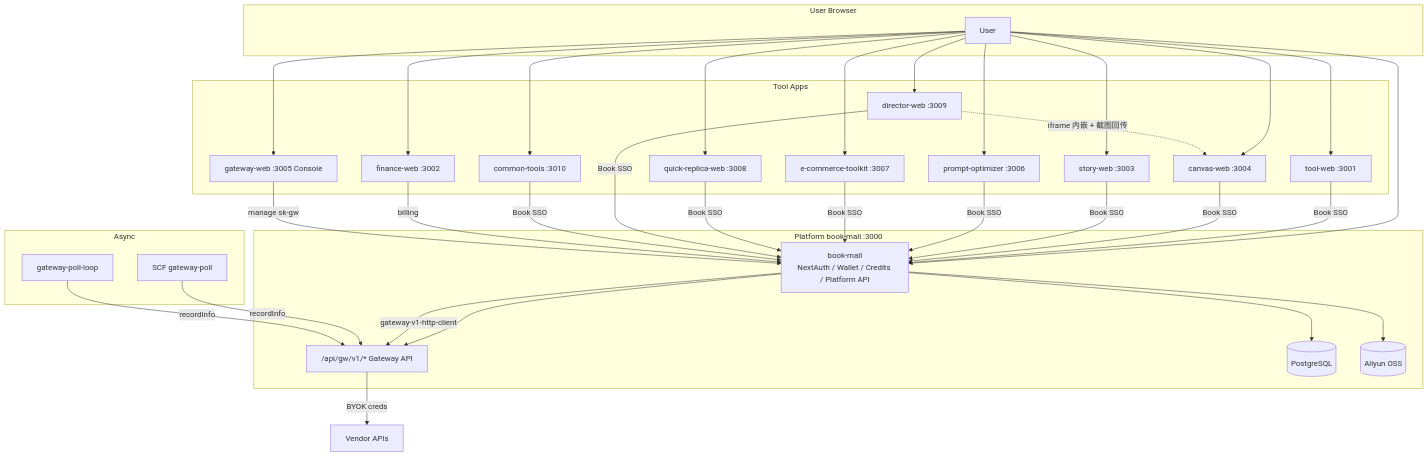
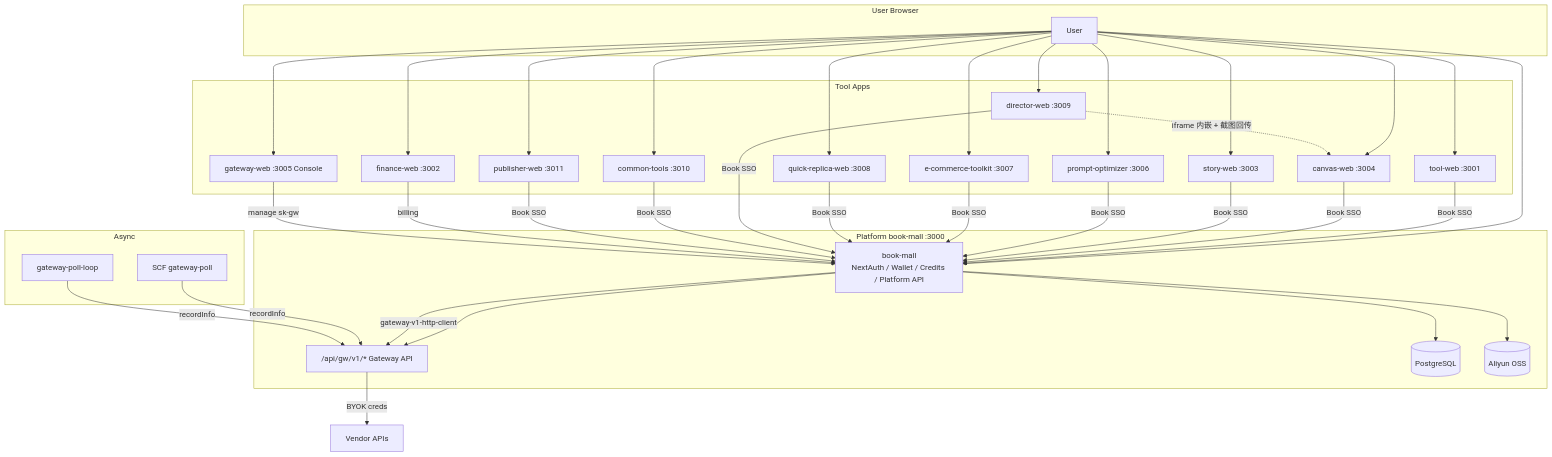
Before and after one commit to priceLiu/book-mall: the first of 2 diagrams in docs/全站架构图与配置表.md, drawn with Mermaid. The commit also changed other lines of this file and 212 other files, not shown here.

````diff
--- a/docs/全站架构图与配置表.md
+++ b/docs/全站架构图与配置表.md
@@ -32,46 +32,47 @@
 ```mermaid
 flowchart TB
   subgraph users ["User Browser"]
     U[User]
   end
 
   subgraph platform ["Platform book-mall :3000"]
     BM["book-mall<br/>NextAuth / Wallet / Credits / Platform API"]
     GWAPI["/api/gw/v1/* Gateway API"]
     DB[(PostgreSQL)]
     OSS[(Aliyun OSS)]
     BM --> GWAPI
     BM --> DB
     BM --> OSS
   end
 
   subgraph tools ["Tool Apps"]
     TW[tool-web :3001]
     FW[finance-web :3002]
     SW[story-web :3003]
     CW[canvas-web :3004]
     GWC[gateway-web :3005 Console]
     PO[prompt-optimizer :3006]
     EC[e-commerce-toolkit :3007]
     QR[quick-replica-web :3008]
     DR[director-web :3009]
     CT[common-tools :3010]
+    PW[publisher-web :3011]
   end
 
   subgraph bg ["Async"]
     SCF[SCF gateway-poll]
     POLL[gateway-poll-loop]
   end
 
   VEND[Vendor APIs]
 
   U --> BM
-  U --> TW & FW & SW & CW & GWC & PO & EC & QR & DR & CT
-  TW & CW & SW & PO & EC & QR & DR & CT -->|Book SSO| BM
+  U --> TW & FW & SW & CW & GWC & PO & EC & QR & DR & CT & PW
+  TW & CW & SW & PO & EC & QR & DR & CT & PW -->|Book SSO| BM
   DR -.->|iframe 内嵌 + 截图回传| CW
   BM -->|gateway-v1-http-client| GWAPI
   GWAPI -->|BYOK creds| VEND
   FW -->|billing| BM
   GWC -->|manage sk-gw| BM
   SCF & POLL -->|recordInfo| GWAPI
 ```
````
